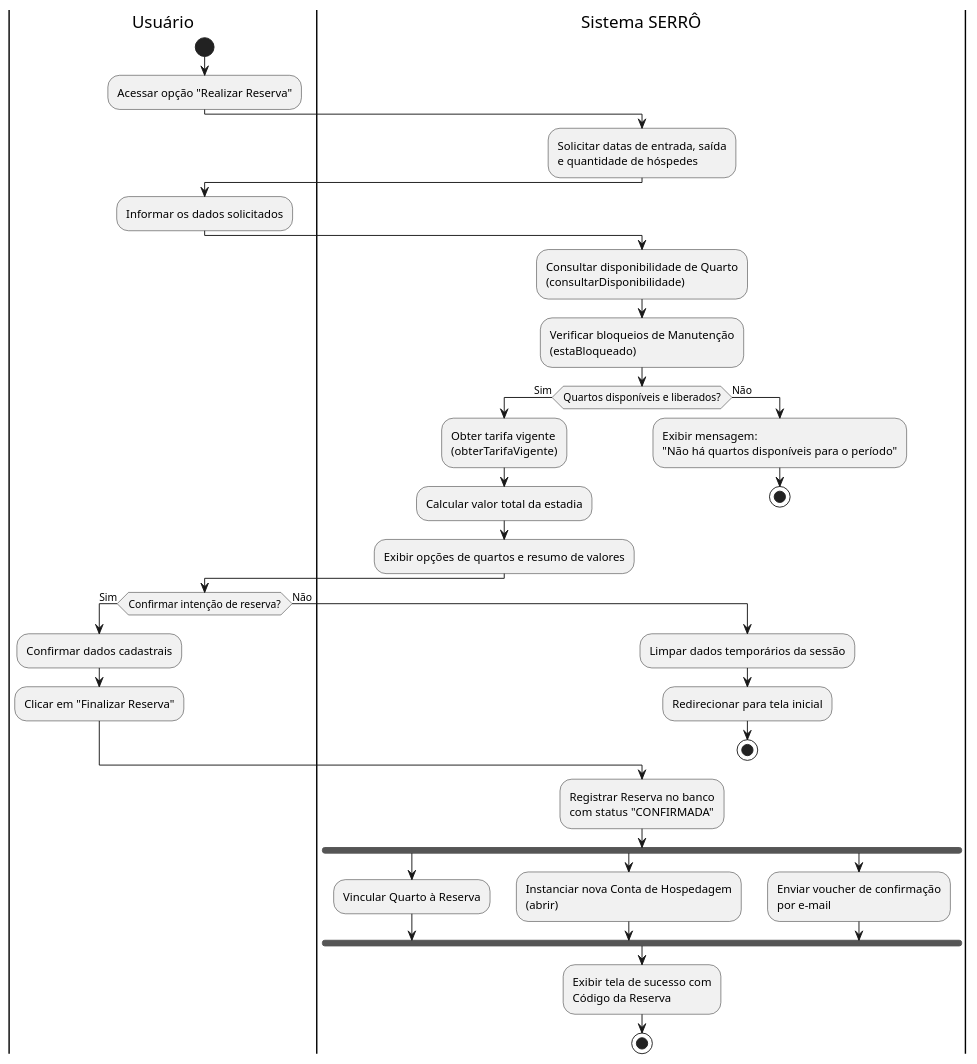
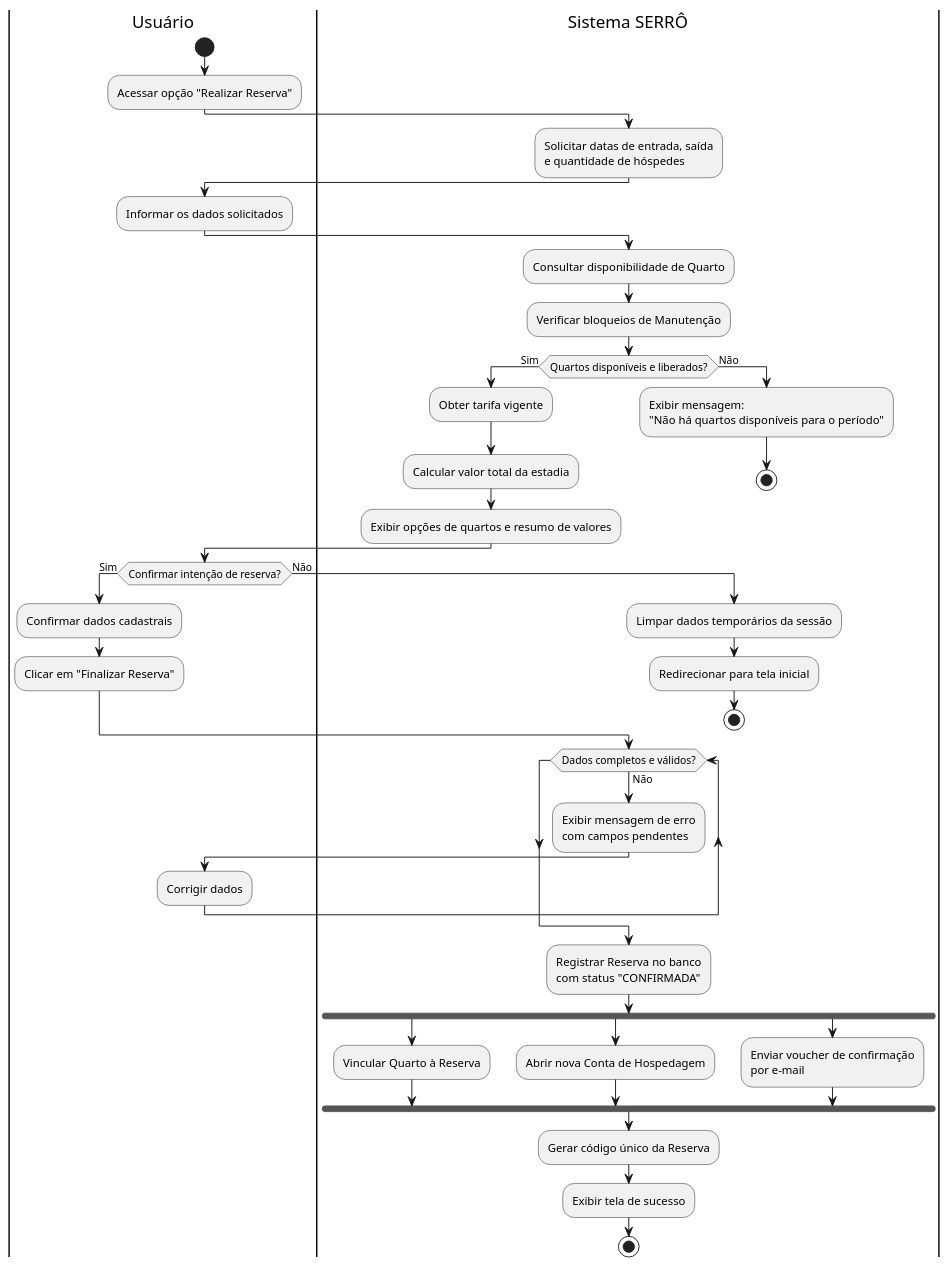
One commit to gusjjpv/serro-hotelaria changed the diagram in docs/diagramas/atividade/RealizarReserva.iuml. Above: the diagram before and after it, drawn with PlantUML. The commit also changed 4 other files, not shown here.

Commit message:
docs: diagramas com mudanças

```diff
--- a/docs/diagramas/atividade/RealizarReserva.iuml
+++ b/docs/diagramas/atividade/RealizarReserva.iuml
@@ -1,51 +1,58 @@
 @startuml
 
 |Usuário|
 start
 :Acessar opção "Realizar Reserva";
 
 |Sistema SERRÔ|
 :Solicitar datas de entrada, saída\ne quantidade de hóspedes;
 
 |Usuário|
 :Informar os dados solicitados;
 
 |Sistema SERRÔ|
-:Consultar disponibilidade de Quarto\n(consultarDisponibilidade);
-:Verificar bloqueios de Manutenção\n(estaBloqueado);
+:Consultar disponibilidade de Quarto;
+:Verificar bloqueios de Manutenção;
 
 if (Quartos disponíveis e liberados?) then (Sim)
-    :Obter tarifa vigente\n(obterTarifaVigente);
+    :Obter tarifa vigente;
     :Calcular valor total da estadia;
     :Exibir opções de quartos e resumo de valores;
 else (Não)
     :Exibir mensagem:\n"Não há quartos disponíveis para o período";
     stop
 endif
 
 |Usuário|
 if (Confirmar intenção de reserva?) then (Sim)
     :Confirmar dados cadastrais;
     :Clicar em "Finalizar Reserva";
 else (Não)
     |Sistema SERRÔ|
     :Limpar dados temporários da sessão;
     :Redirecionar para tela inicial;
     stop
 endif
 
+while (Dados completos e válidos?) is (Não)
+    :Exibir mensagem de erro\ncom campos pendentes;
+    |Usuário|
+    :Corrigir dados;
+endwhile
+
 |Sistema SERRÔ|
 :Registrar Reserva no banco\ncom status "CONFIRMADA";
 
 fork
     :Vincular Quarto à Reserva;
 fork again
-    :Instanciar nova Conta de Hospedagem\n(abrir);
+    :Abrir nova Conta de Hospedagem;
 fork again
     :Enviar voucher de confirmação\npor e-mail;
 end fork
 
-:Exibir tela de sucesso com\nCódigo da Reserva;
+:Gerar código único da Reserva;
+:Exibir tela de sucesso;
 
 stop
 @enduml
```
